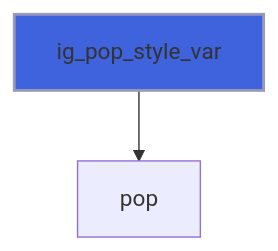
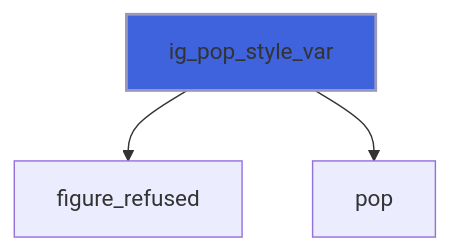
Before and after one commit to szaghi/figure: diagram 13 of 44 in docs/api/src/lib/figure_style.md, drawn with Mermaid. The commit also changed other lines of this file and 10 other files, not shown here.

````diff
--- a/docs/api/src/lib/figure_style.md
+++ b/docs/api/src/lib/figure_style.md
@@ -456,5 +481,6 @@
 ```mermaid
 flowchart TD
+  ig_pop_style_var["ig_pop_style_var"] --> figure_refused["figure_refused"]
   ig_pop_style_var["ig_pop_style_var"] --> pop["pop"]
   style ig_pop_style_var fill:#3e63dd,stroke:#99b,stroke-width:2px
 ```
````
